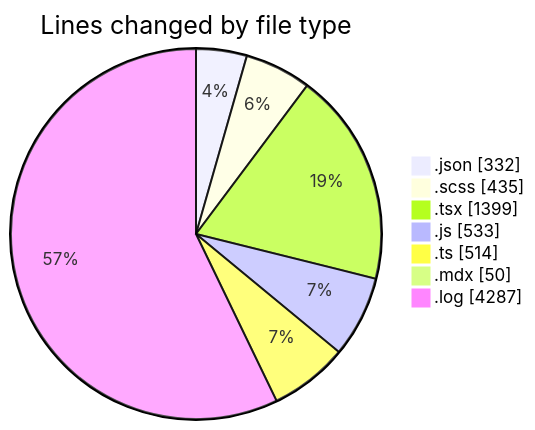
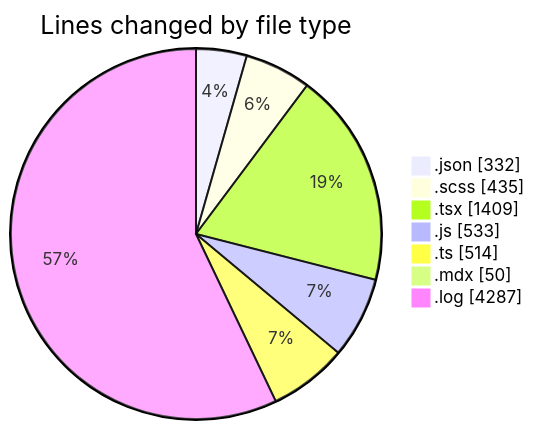
The first of 2 diagrams in 2026-04-20/cda/README.md (momahboobian/code-tracking), drawn with Mermaid before and after one commit. The commit also changed other lines of this file and 1 other file, not shown here.

````diff
--- a/2026-04-20/cda/README.md
+++ b/2026-04-20/cda/README.md
@@ -40,11 +40,11 @@
 ```mermaid
 pie showData
 title Lines changed by file type
 ".json" : 332
 ".scss" : 435
-".tsx" : 1399
+".tsx" : 1409
 ".js" : 533
 ".ts" : 514
 ".mdx" : 50
 ".log" : 4287
 ```
````
